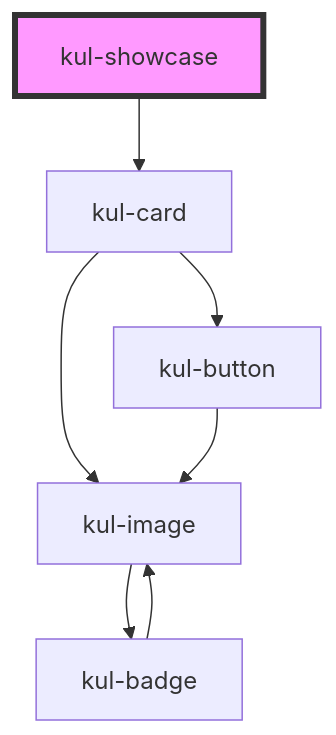
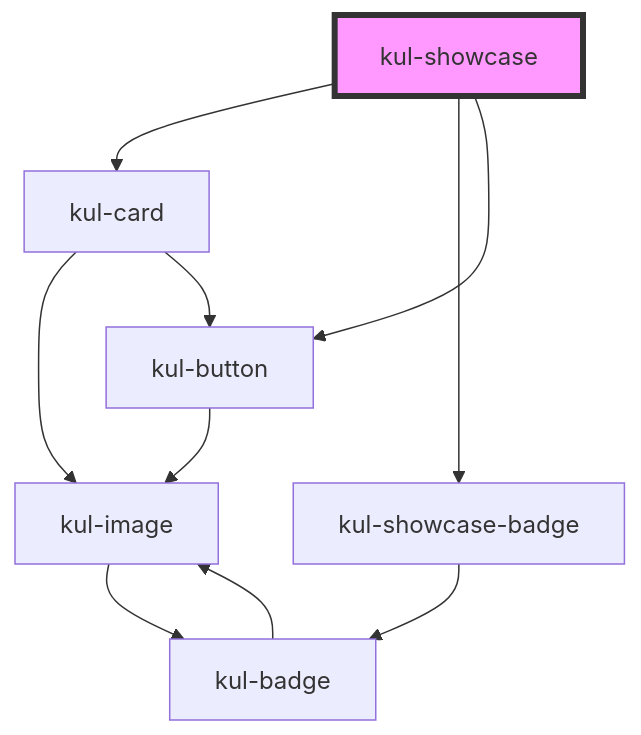
The diagram in packages/ketchup-lite/src/components/kul-showcase/readme.md (smeup/ketchup), drawn with Mermaid before and after one commit. The commit also changed other lines of this file and 23 other files, not shown here.

Commit message:
Added button and badge to showcase.

````diff
--- a/packages/ketchup-lite/src/components/kul-showcase/readme.md
+++ b/packages/ketchup-lite/src/components/kul-showcase/readme.md
@@ -84,10 +86,13 @@
 ```mermaid
 graph TD;
   kul-showcase --> kul-card
+  kul-showcase --> kul-showcase-badge
+  kul-showcase --> kul-button
   kul-card --> kul-image
   kul-card --> kul-button
   kul-image --> kul-badge
   kul-badge --> kul-image
   kul-button --> kul-image
+  kul-showcase-badge --> kul-badge
   style kul-showcase fill:#f9f,stroke:#333,stroke-width:4px
 ```
````
